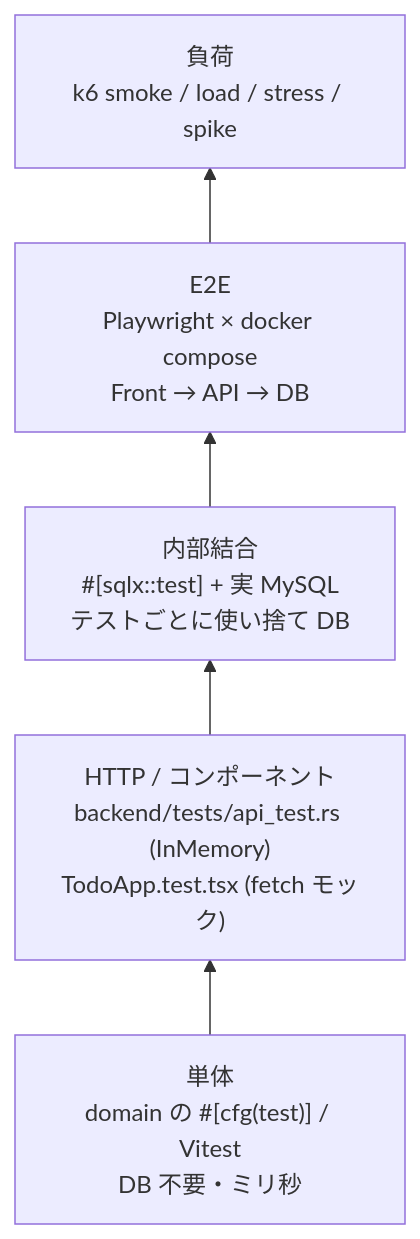
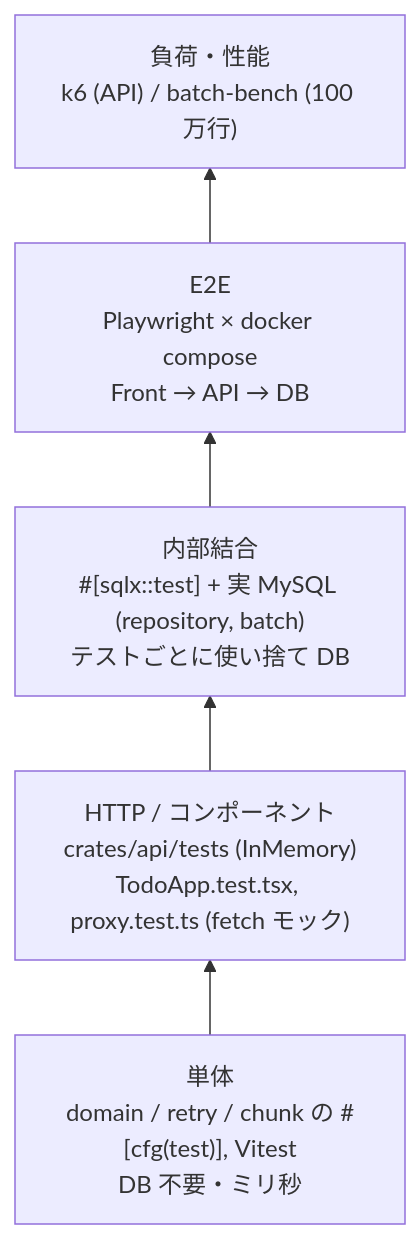
Diagram 14 of 15 in README.md (ktaishi/rust-next-voiler), drawn with Mermaid before and after one commit. The commit also changed other lines of this file and 53 other files, not shown here.

````diff
--- a/README.md
+++ b/README.md
@@ -324,9 +517,9 @@
 ```mermaid
 flowchart BT
-    U["単体<br/>domain の #[cfg(test)] / Vitest<br/>DB 不要・ミリ秒"]
-    H["HTTP / コンポーネント<br/>backend/tests/api_test.rs (InMemory)<br/>TodoApp.test.tsx (fetch モック)"]
-    I["内部結合<br/>#[sqlx::test] + 実 MySQL<br/>テストごとに使い捨て DB"]
+    U["単体<br/>domain / retry / chunk の #[cfg(test)], Vitest<br/>DB 不要・ミリ秒"]
+    H["HTTP / コンポーネント<br/>crates/api/tests (InMemory)<br/>TodoApp.test.tsx, proxy.test.ts (fetch モック)"]
+    I["内部結合<br/>#[sqlx::test] + 実 MySQL (repository, batch)<br/>テストごとに使い捨て DB"]
     E["E2E<br/>Playwright × docker compose<br/>Front → API → DB"]
-    L["負荷<br/>k6 smoke / load / stress / spike"]
+    L["負荷・性能<br/>k6 (API) / batch-bench (100 万行)"]
     U --> H --> I --> E --> L
 ```
````
